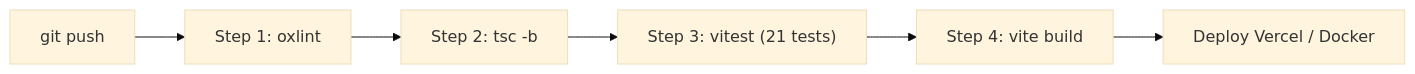
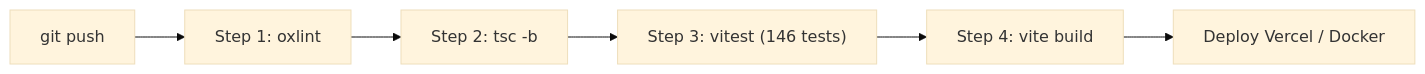
Before and after one commit to justccuong/ChillFlow: the diagram in README.md, drawn with Mermaid (base theme). The commit also changed other lines of this file and 10 other files, not shown here.

````diff
--- a/README.md
+++ b/README.md
@@ -151,8 +153,8 @@
 ```mermaid
 flowchart LR
     A["git push"] --> B["Step 1: oxlint"]
     B --> C["Step 2: tsc -b"]
-    C --> D["Step 3: vitest (21 tests)"]
+    C --> D["Step 3: vitest (146 tests)"]
     D --> E["Step 4: vite build"]
     E --> F["Deploy Vercel / Docker"]
 ```
````
